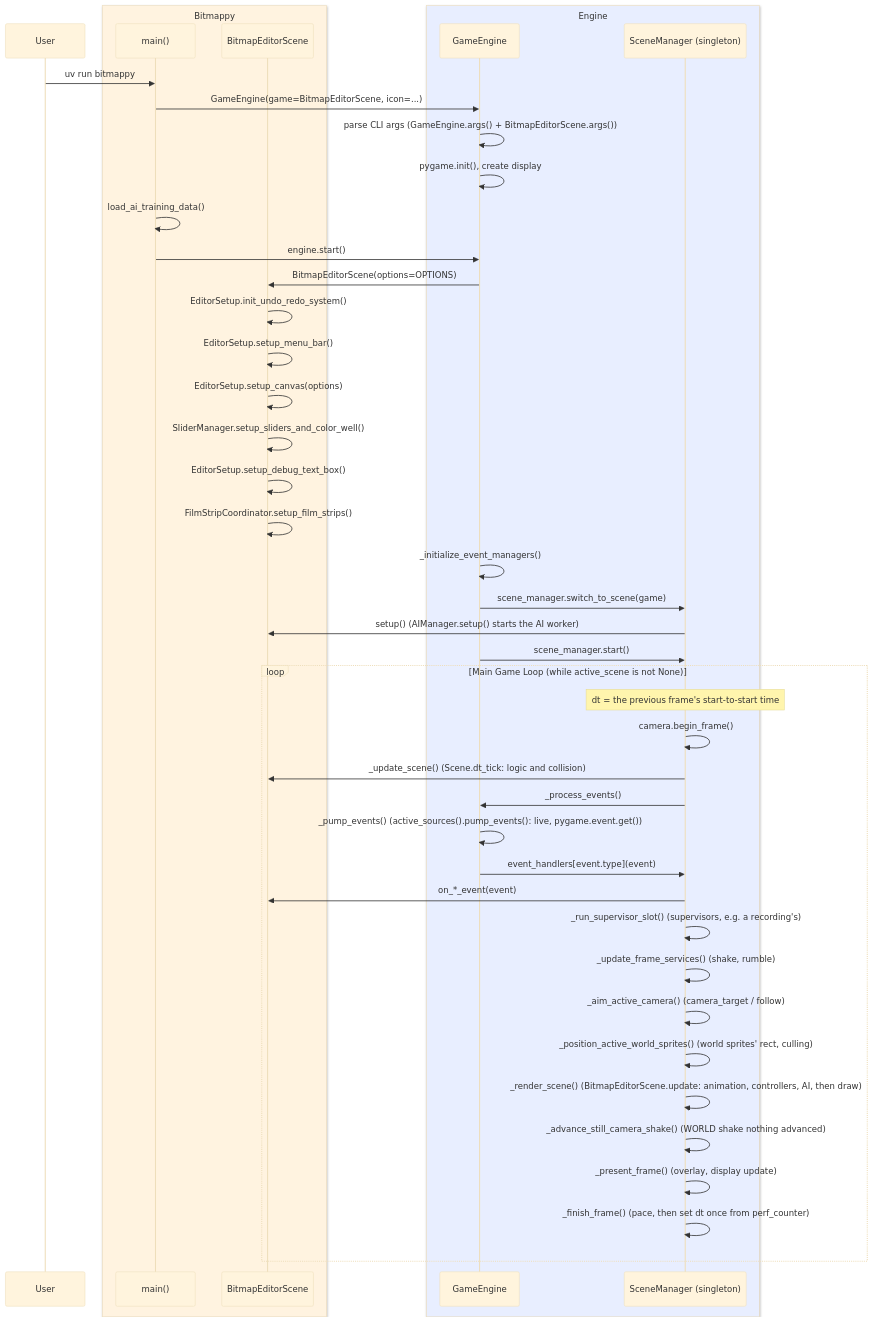
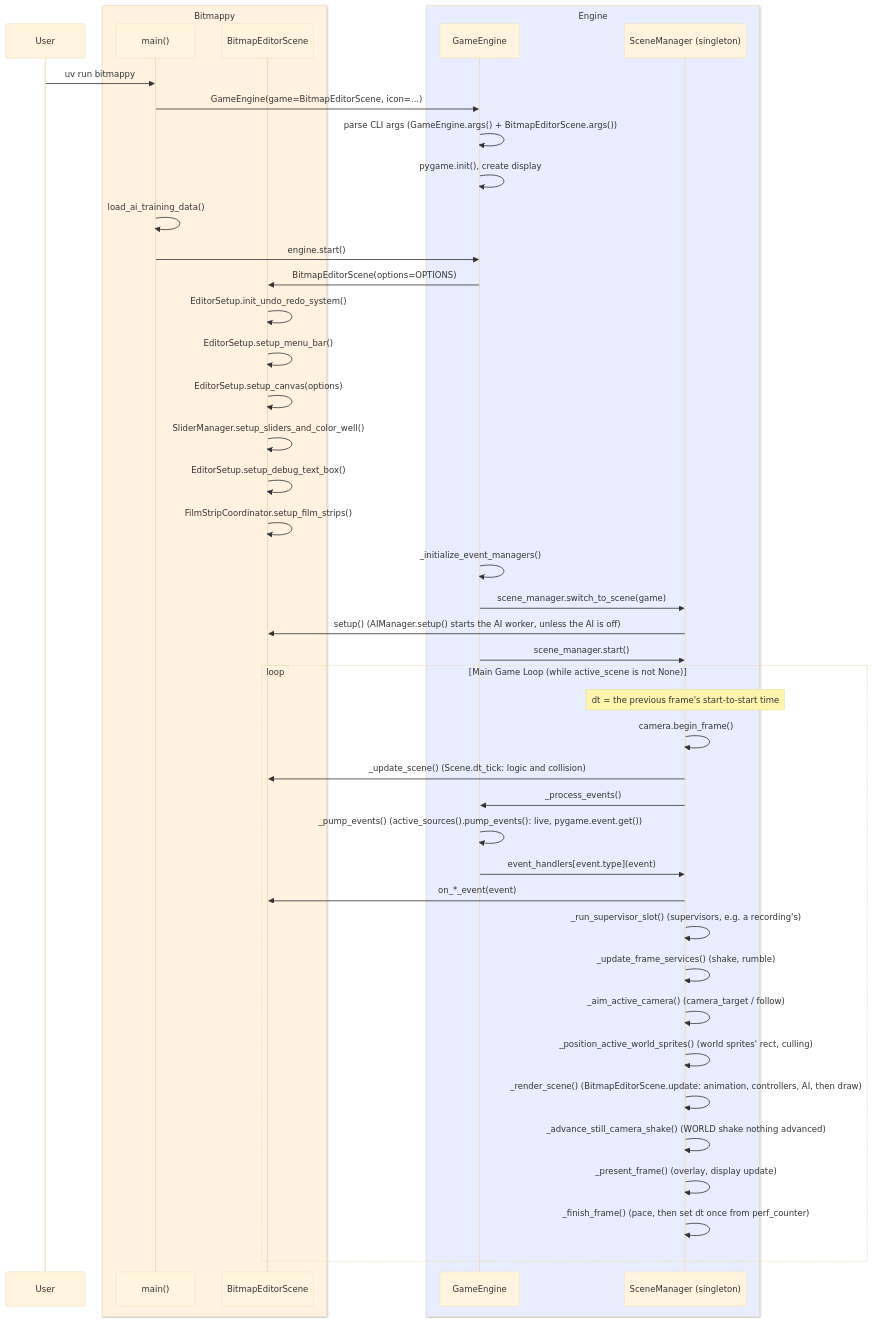
Before and after one commit to terrysimons/glitchygames: the first of 10 diagrams in docs/architecture/bitmappy.md, drawn with Mermaid (base theme). The commit also changed other lines of this file and 46 other files, not shown here.

````diff
--- a/docs/architecture/bitmappy.md
+++ b/docs/architecture/bitmappy.md
@@ -53,48 +59,48 @@
 ```mermaid
 sequenceDiagram
     participant User
     box rgb(255,243,224) Bitmappy
     participant main as main()
     participant BES as BitmapEditorScene
     end
     box rgb(232,238,255) Engine
     participant GE as GameEngine
     participant SM as SceneManager (singleton)
     end
 
     User->>main: uv run bitmappy
     main->>GE: GameEngine(game=BitmapEditorScene, icon=...)
     GE->>GE: parse CLI args (GameEngine.args() + BitmapEditorScene.args())
     GE->>GE: pygame.init(), create display
     main->>main: load_ai_training_data()
     main->>GE: engine.start()
     GE->>BES: BitmapEditorScene(options=OPTIONS)
     BES->>BES: EditorSetup.init_undo_redo_system()
     BES->>BES: EditorSetup.setup_menu_bar()
     BES->>BES: EditorSetup.setup_canvas(options)
     BES->>BES: SliderManager.setup_sliders_and_color_well()
     BES->>BES: EditorSetup.setup_debug_text_box()
     BES->>BES: FilmStripCoordinator.setup_film_strips()
     GE->>GE: _initialize_event_managers()
     GE->>SM: scene_manager.switch_to_scene(game)
-    SM->>BES: setup() (AIManager.setup() starts the AI worker)
+    SM->>BES: setup() (AIManager.setup() starts the AI worker, unless the AI is off)
     GE->>SM: scene_manager.start()
 
     loop Main Game Loop (while active_scene is not None)
         Note over SM: dt = the previous frame's start-to-start time
         SM->>SM: camera.begin_frame()
         SM->>BES: _update_scene() (Scene.dt_tick: logic and collision)
         SM->>GE: _process_events()
         GE->>GE: _pump_events() (active_sources().pump_events(): live, pygame.event.get())
         GE->>SM: event_handlers[event.type](event)
         SM->>BES: on_*_event(event)
         SM->>SM: _run_supervisor_slot() (supervisors, e.g. a recording's)
         SM->>SM: _update_frame_services() (shake, rumble)
         SM->>SM: _aim_active_camera() (camera_target / follow)
         SM->>SM: _position_active_world_sprites() (world sprites' rect, culling)
         SM->>SM: _render_scene() (BitmapEditorScene.update: animation, controllers, AI, then draw)
         SM->>SM: _advance_still_camera_shake() (WORLD shake nothing advanced)
         SM->>SM: _present_frame() (overlay, display update)
         SM->>SM: _finish_frame() (pace, then set dt once from perf_counter)
     end
 ```
````
